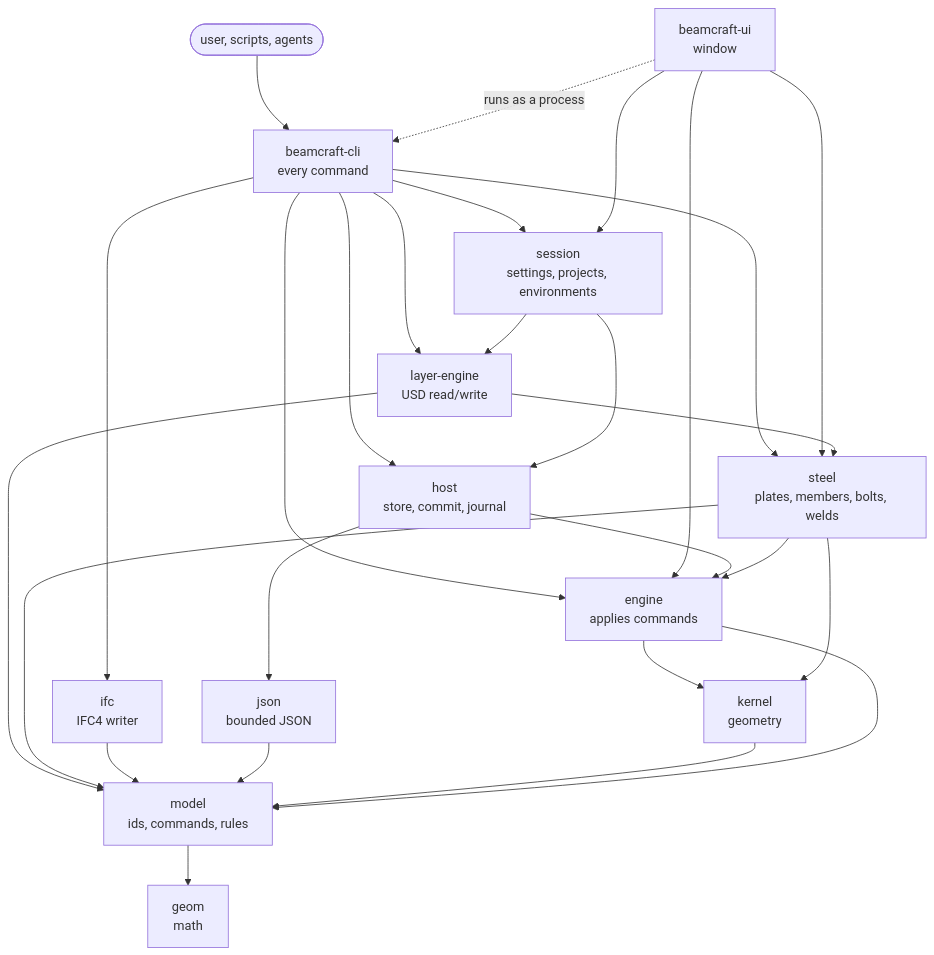
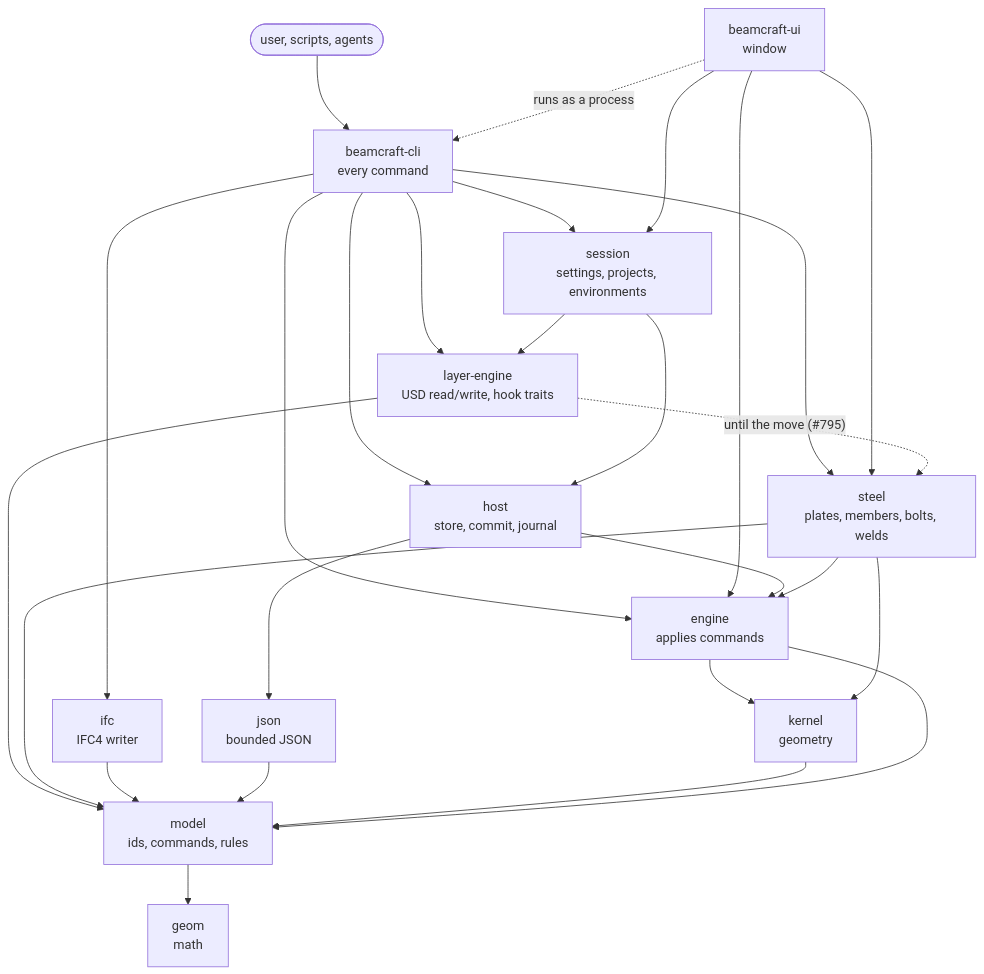
Before and after one commit to Apibim-com/BeamCraft: the first of 3 diagrams in docs/architecture.md, drawn with Mermaid. The commit also changed other lines of this file, not shown here.

First line of the commit message:
docs: describe the platform and discipline split after #795 in the architecture (#806)

````diff
--- a/docs/architecture.md
+++ b/docs/architecture.md
@@ -46,33 +55,33 @@
 ```mermaid
 flowchart TD
     user(["user, scripts, agents"]) --> cli
     ui["beamcraft-ui<br/>window"] -. "runs as a process" .-> cli
     cli["beamcraft-cli<br/>every command"]
 
     cli --> session
     cli --> host
     cli --> engine
     cli --> le
     cli --> ifc
     cli --> steel
     ui --> session
     ui --> engine
     ui --> steel
 
     session["session<br/>settings, projects, environments"] --> host
     session --> le
 
     host["host<br/>store, commit, journal"] --> engine
     host --> json
     engine["engine<br/>applies commands"] --> kernel
-    le["layer-engine<br/>USD read/write"] --> model
-    le --> steel
+    le["layer-engine<br/>USD read/write, hook traits"] --> model
+    le -. "until the move (#795)" .-> steel
     steel["steel<br/>plates, members, bolts, welds"] --> engine
     steel --> kernel
     steel --> model
     ifc["ifc<br/>IFC4 writer"] --> model
     json["json<br/>bounded JSON"] --> model
     kernel["kernel<br/>geometry"] --> model
     engine --> model
     model["model<br/>ids, commands, rules"] --> geom["geom<br/>math"]
 ```
````
